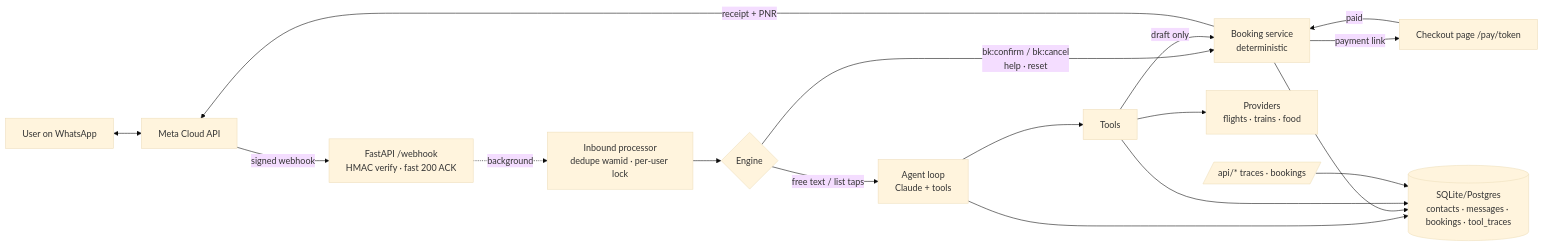
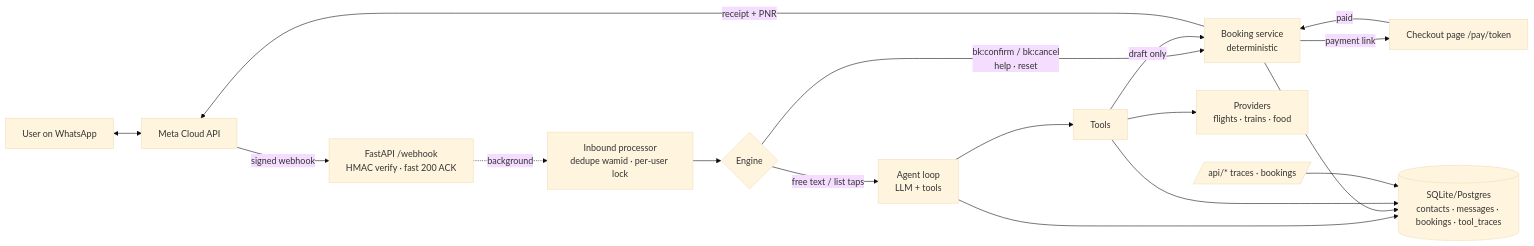
Before and after one commit to Dhruvpandey1476/Whatsapp-Personal-Agent: the diagram in README.md, drawn with Mermaid (base theme). The commit also changed other lines of this file and 9 other files, not shown here.

````diff
--- a/README.md
+++ b/README.md
@@ -34,15 +34,15 @@
 ```mermaid
 flowchart LR
     U[User on WhatsApp] <--> M[Meta Cloud API]
     M -- signed webhook --> W[FastAPI /webhook<br/>HMAC verify · fast 200 ACK]
     W -. background .-> I[Inbound processor<br/>dedupe wamid · per-user lock]
     I --> E{Engine}
     E -- "bk:confirm / bk:cancel<br/>help · reset" --> B[Booking service<br/>deterministic]
-    E -- free text / list taps --> A[Agent loop<br/>Claude + tools]
+    E -- free text / list taps --> A[Agent loop<br/>LLM + tools]
     A --> T[Tools] --> P[Providers<br/>flights · trains · food]
     T -- draft only --> B
     B -- payment link --> PAY[Checkout page /pay/token]
     PAY -- paid --> B -- receipt + PNR --> M
     A & B & T --> DB[(SQLite/Postgres<br/>contacts · messages · bookings · tool_traces)]
     ADM[/api/* traces · bookings/] --> DB
 ```
````
